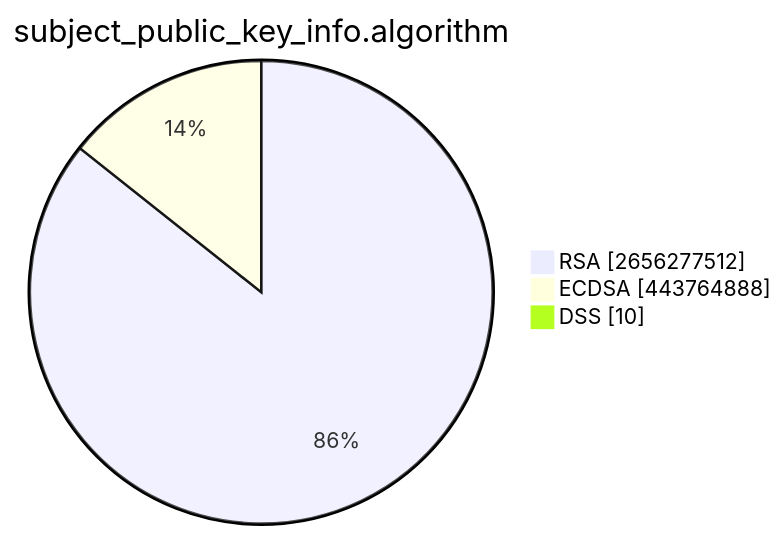
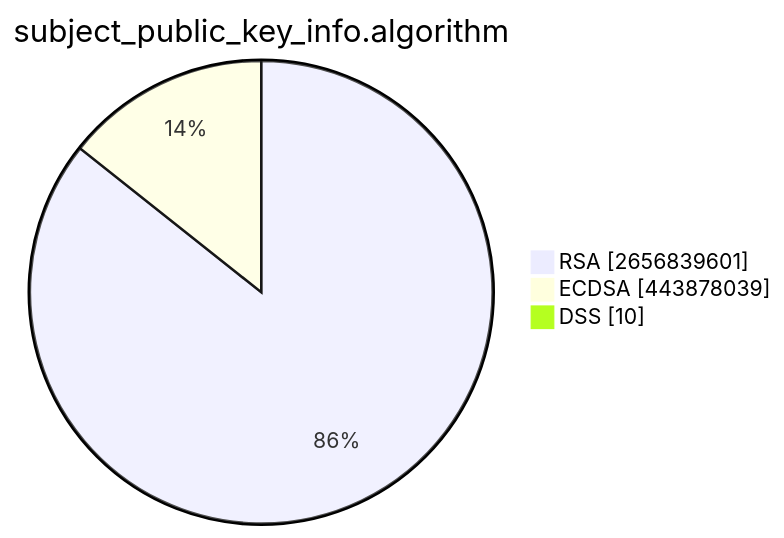
Before and after one commit to christiankrug/ctmonitor_visualization: the second of 15 diagrams in TOTAL/README.md, drawn with Mermaid. The commit also changed other lines of this file, not shown here.

````diff
--- a/TOTAL/README.md
+++ b/TOTAL/README.md
@@ -6,7 +6,7 @@
 ```mermaid
 pie showData
 title subject_public_key_info.algorithm
-"RSA" :2656277512
-"ECDSA" :443764888
+"RSA" :2656839601
+"ECDSA" :443878039
 "DSS" :10
 ```
````
